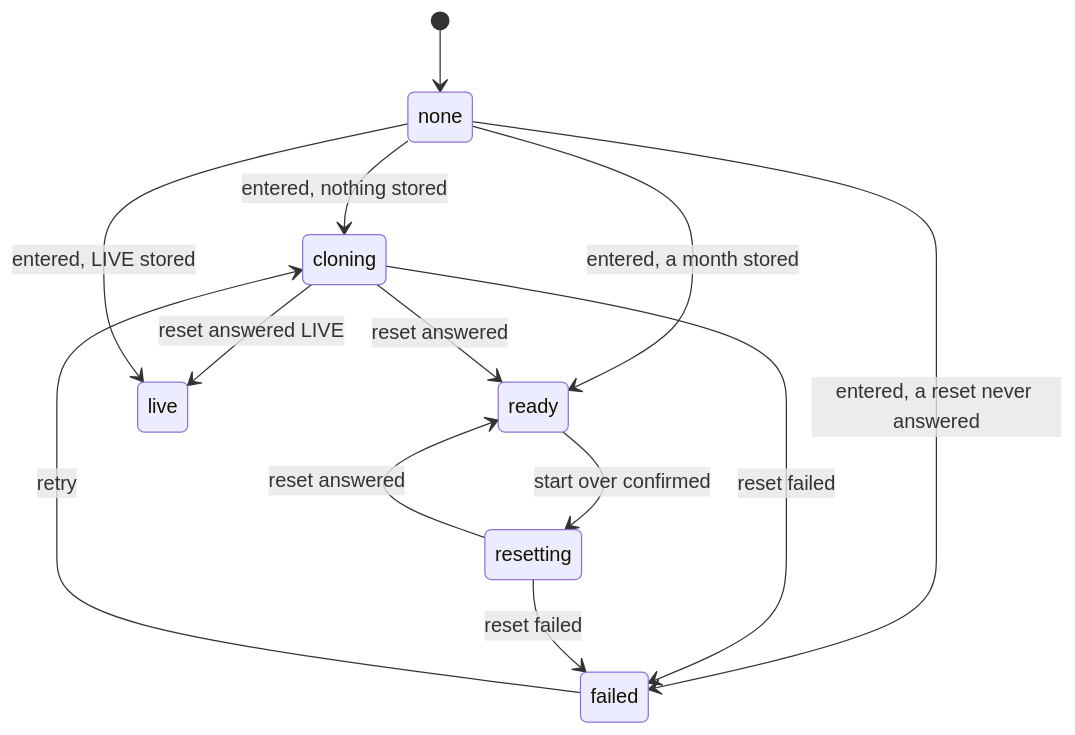
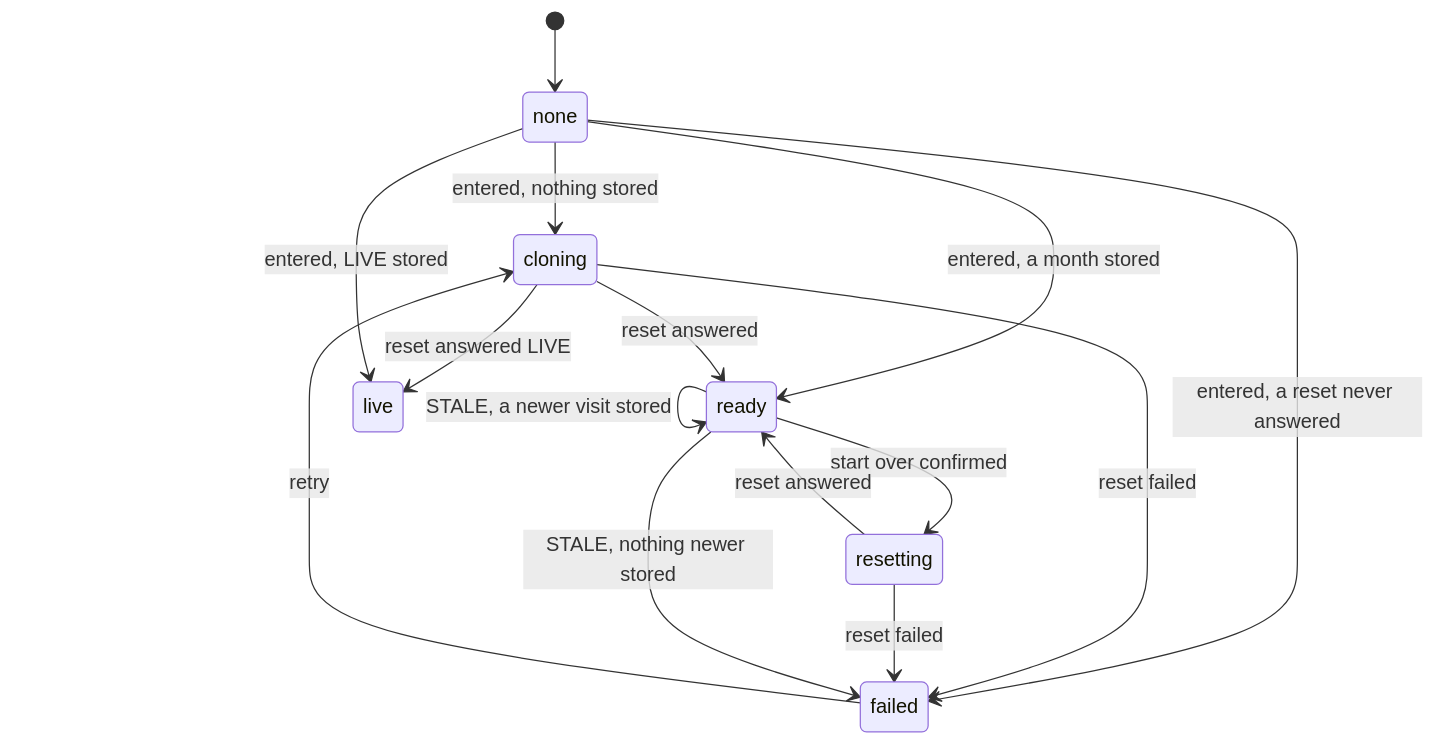
The diagram in docs/machines/visit.md (OracleOfAggieland/frankirocks), drawn with Mermaid before and after one commit. The commit also changed other lines of this file and 14 other files, not shown here.

````diff
--- a/docs/machines/visit.md
+++ b/docs/machines/visit.md
@@ -28,15 +30,17 @@
 ```mermaid
 stateDiagram-v2
   [*] --> none
   none --> cloning : entered, nothing stored
   none --> ready : entered, a month stored
   none --> failed : entered, a reset never answered
   cloning --> ready : reset answered
   cloning --> failed : reset failed
   cloning --> live : reset answered LIVE
   none --> live : entered, LIVE stored
   failed --> cloning : retry
   ready --> resetting : start over confirmed
   resetting --> ready : reset answered
   resetting --> failed : reset failed
+  ready --> ready : STALE, a newer visit stored
+  ready --> failed : STALE, nothing newer stored
 ```
````
